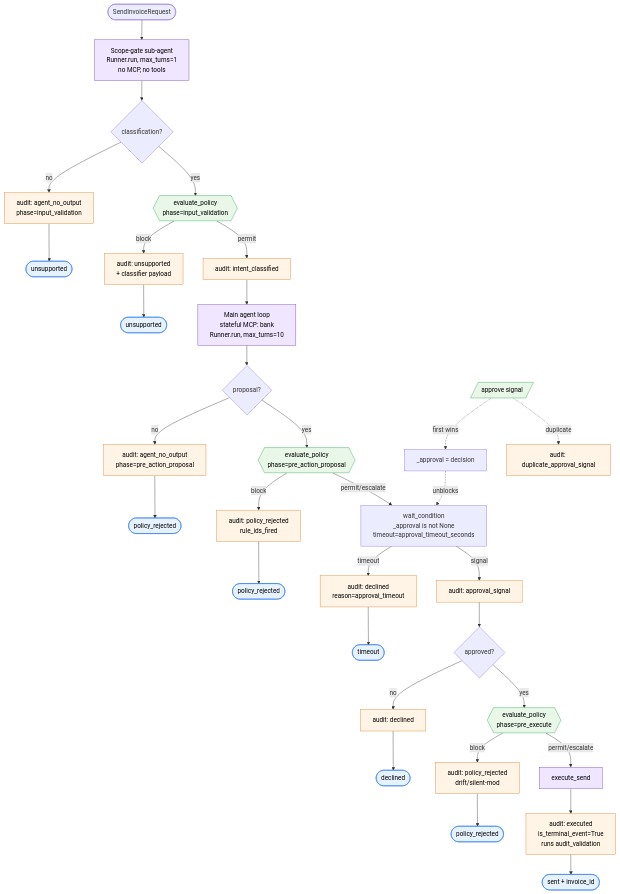
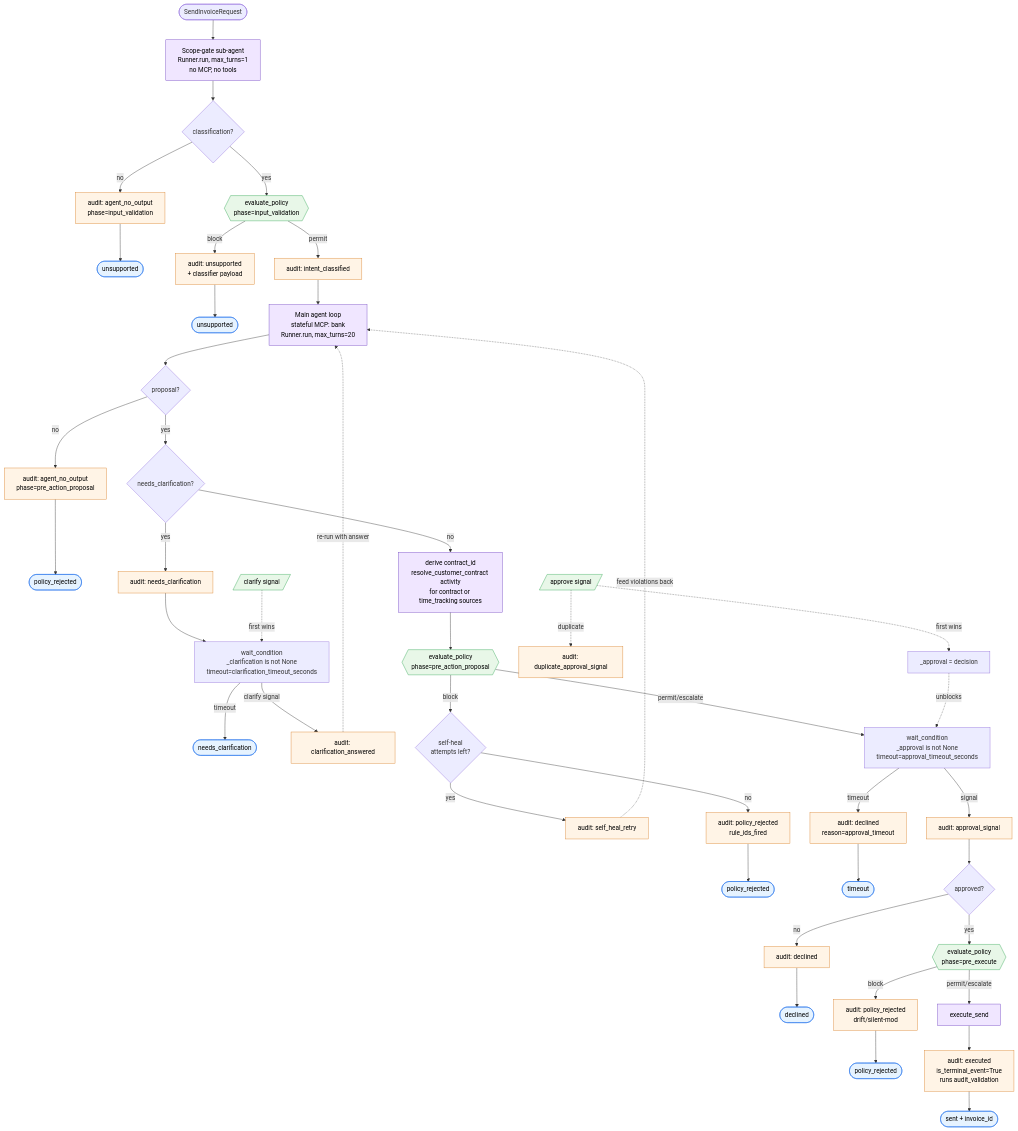
Before and after one commit to felixglush/banking-agent: the diagram in workflows/send_invoice/README.md, drawn with Mermaid. The commit also changed other lines of this file, not shown here.

Commit message:
docs(send_invoice): update workflow diagram to current control flow
The flowchart was written at Stage 6 and had drifted. Add the clarification
round-trip (needs_clarification -> wait for clarify signal -> re-run; timeout ->
needs_clarification terminal), the self-heal retry loop (pre_action_proposal
block -> feed violations back -> retry when self_heal_max_attempts > 0), the
deterministic contract_id derivation (resolve_customer_contract), the clarify
signal, and fix the main-agent max_turns 10 -> 20.

````diff
--- a/workflows/send_invoice/README.md
+++ b/workflows/send_invoice/README.md
@@ -35,45 +38,56 @@
 ```mermaid
 flowchart TD
     Start([SendInvoiceRequest]) --> ScopeGate[Scope-gate sub-agent<br/>Runner.run, max_turns=1<br/>no MCP, no tools]
     ScopeGate --> HasClass{classification?}
     HasClass -- no --> AuditNoClass[audit: agent_no_output<br/>phase=input_validation]
     AuditNoClass --> EndUnsupported1([unsupported])
     HasClass -- yes --> InputGate{{evaluate_policy<br/>phase=input_validation}}
     InputGate -- block --> AuditUnsupported[audit: unsupported<br/>+ classifier payload]
     AuditUnsupported --> EndUnsupported2([unsupported])
     InputGate -- permit --> AuditIntent[audit: intent_classified]
-    AuditIntent --> Agent[Main agent loop<br/>stateful MCP: bank<br/>Runner.run, max_turns=10]
+    AuditIntent --> Agent[Main agent loop<br/>stateful MCP: bank<br/>Runner.run, max_turns=20]
     Agent --> HasOutput{proposal?}
     HasOutput -- no --> AuditNoOut[audit: agent_no_output<br/>phase=pre_action_proposal]
     AuditNoOut --> EndRejected1([policy_rejected])
-    HasOutput -- yes --> ProposalGate{{evaluate_policy<br/>phase=pre_action_proposal}}
-    ProposalGate -- block --> AuditPolReject[audit: policy_rejected<br/>rule_ids_fired]
+    HasOutput -- yes --> NeedsClar{needs_clarification?}
+    NeedsClar -- yes --> AuditNeedClar[audit: needs_clarification]
+    AuditNeedClar --> WaitClar[wait_condition<br/>_clarification is not None<br/>timeout=clarification_timeout_seconds]
+    WaitClar -- timeout --> EndNeedsClar([needs_clarification])
+    WaitClar -- clarify signal --> AuditClarAns[audit: clarification_answered]
+    AuditClarAns -. re-run with answer .-> Agent
+    NeedsClar -- no --> Derive[derive contract_id<br/>resolve_customer_contract activity<br/>for contract or time_tracking sources]
+    Derive --> ProposalGate{{evaluate_policy<br/>phase=pre_action_proposal}}
+    ProposalGate -- block --> HealLeft{self-heal<br/>attempts left?}
+    HealLeft -- yes --> AuditHeal[audit: self_heal_retry]
+    AuditHeal -. feed violations back .-> Agent
+    HealLeft -- no --> AuditPolReject[audit: policy_rejected<br/>rule_ids_fired]
     AuditPolReject --> EndRejected2([policy_rejected])
     ProposalGate -- permit/escalate --> Wait[wait_condition<br/>_approval is not None<br/>timeout=approval_timeout_seconds]
     Wait -- timeout --> AuditTimeout[audit: declined<br/>reason=approval_timeout]
     AuditTimeout --> EndTimeout([timeout])
     Wait -- signal --> AuditSignal[audit: approval_signal]
     AuditSignal --> Approved{approved?}
     Approved -- no --> AuditDeclined[audit: declined]
     AuditDeclined --> EndDeclined([declined])
     Approved -- yes --> PreExecGate{{evaluate_policy<br/>phase=pre_execute}}
     PreExecGate -- block --> AuditDriftReject[audit: policy_rejected<br/>drift/silent-mod]
     AuditDriftReject --> EndRejected3([policy_rejected])
     PreExecGate -- permit/escalate --> Execute[execute_send]
     Execute --> AuditExecuted[audit: executed<br/>is_terminal_event=True<br/>runs audit_validation]
     AuditExecuted --> EndSent([sent + invoice_id])
 
-    Signal[/approve signal/]:::signal -. first wins .-> SetApproval[_approval = decision]
-    Signal -. duplicate .-> AuditDup[audit: duplicate_approval_signal]
+    ApproveSig[/approve signal/]:::signal -. first wins .-> SetApproval[_approval = decision]
+    ApproveSig -. duplicate .-> AuditDup[audit: duplicate_approval_signal]
     SetApproval -. unblocks .-> Wait
+    ClarifySig[/clarify signal/]:::signal -. first wins .-> WaitClar
 
     classDef audit fill:#fff4e6,stroke:#d9822b,color:#000
     classDef terminal fill:#e6f3ff,stroke:#1f6feb,color:#000
     classDef activity fill:#f0e6ff,stroke:#6f42c1,color:#000
     classDef policy fill:#e8f7e8,stroke:#2da44e,color:#000
     classDef signal fill:#e8f7e8,stroke:#2da44e,color:#000
-    class AuditNoClass,AuditUnsupported,AuditIntent,AuditNoOut,AuditPolReject,AuditTimeout,AuditSignal,AuditDeclined,AuditDriftReject,AuditExecuted,AuditDup audit
-    class EndUnsupported1,EndUnsupported2,EndRejected1,EndRejected2,EndRejected3,EndTimeout,EndDeclined,EndSent terminal
-    class ScopeGate,Agent,Execute activity
+    class AuditNoClass,AuditUnsupported,AuditIntent,AuditNoOut,AuditNeedClar,AuditClarAns,AuditHeal,AuditPolReject,AuditTimeout,AuditSignal,AuditDeclined,AuditDriftReject,AuditExecuted,AuditDup audit
+    class EndUnsupported1,EndUnsupported2,EndRejected1,EndRejected2,EndRejected3,EndTimeout,EndDeclined,EndSent,EndNeedsClar terminal
+    class ScopeGate,Agent,Execute,Derive activity
     class InputGate,ProposalGate,PreExecGate policy
 ```
````
